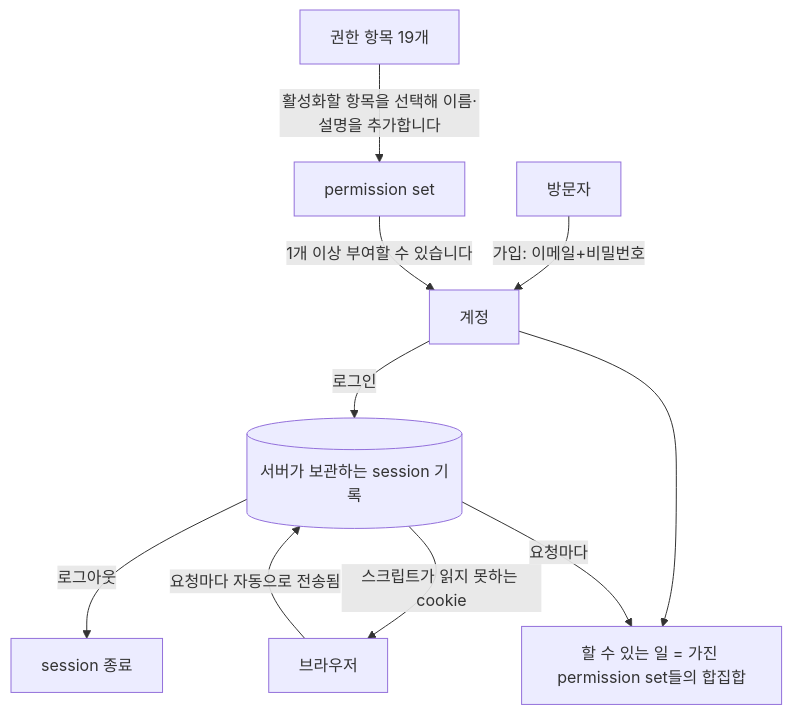
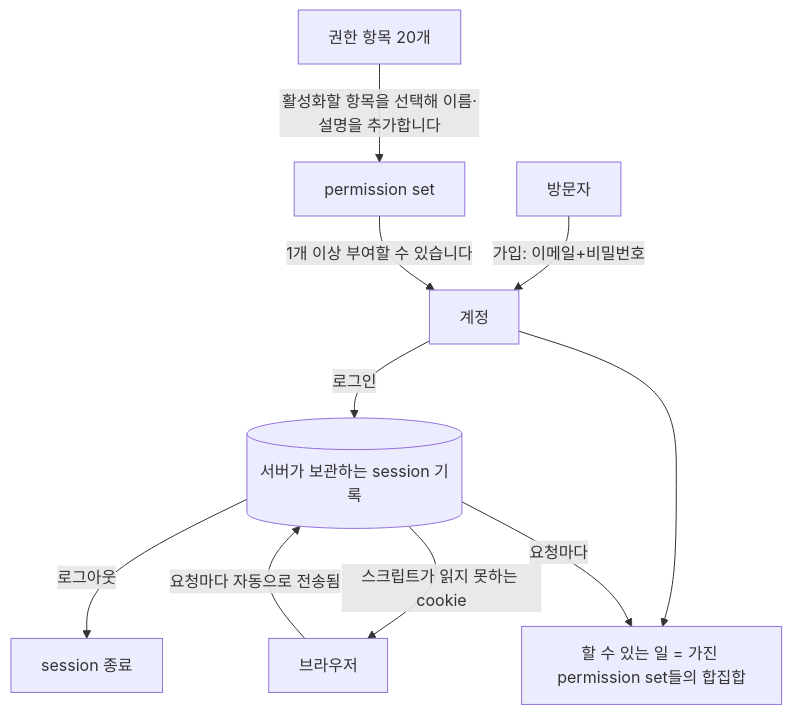
Before and after one commit to minkong-dev/Banblit: the first of 4 diagrams in .cluedoc/accounts-and-roles/README.md, drawn with Mermaid. The commit also changed other lines of this file and 5 other files, not shown here.

````diff
--- a/.cluedoc/accounts-and-roles/README.md
+++ b/.cluedoc/accounts-and-roles/README.md
@@ -50,12 +51,12 @@
 ```mermaid
 flowchart TD
     V[방문자] -->|가입: 이메일+비밀번호| U[계정]
     U -->|로그인| S[(서버가 보관하는 session 기록)]
     S -->|스크립트가 읽지 못하는 cookie| B[브라우저]
     B -->|요청마다 자동으로 전송됨| S
     S -->|로그아웃| X[session 종료]
-    I[권한 항목 19개] -->|활성화할 항목을 선택해 이름·설명을 추가합니다| P[permission set]
+    I[권한 항목 20개] -->|활성화할 항목을 선택해 이름·설명을 추가합니다| P[permission set]
     P -->|1개 이상 부여할 수 있습니다| U
     U --> C[할 수 있는 일 = 가진 permission set들의 합집합]
     S -->|요청마다| C
 ```
````
